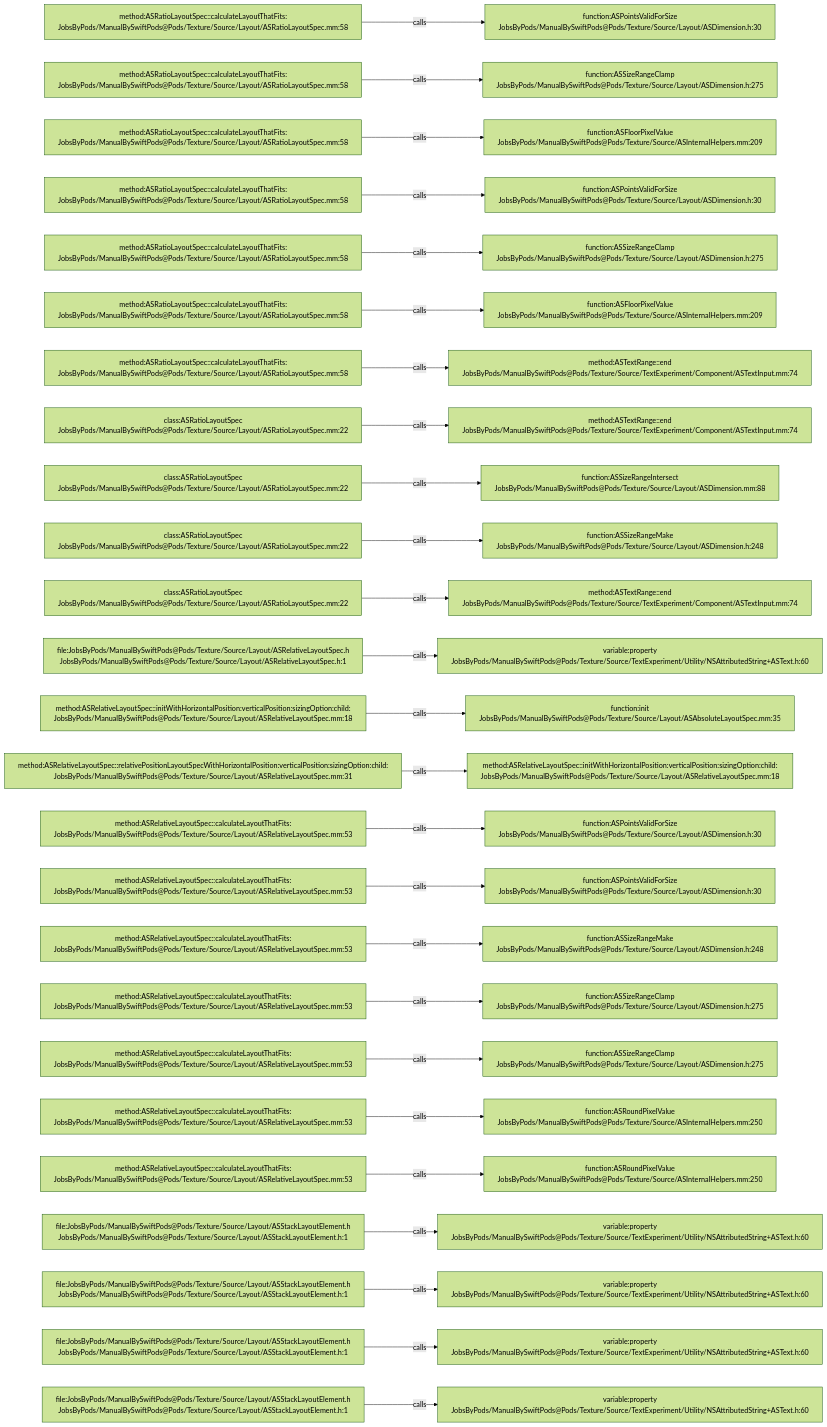
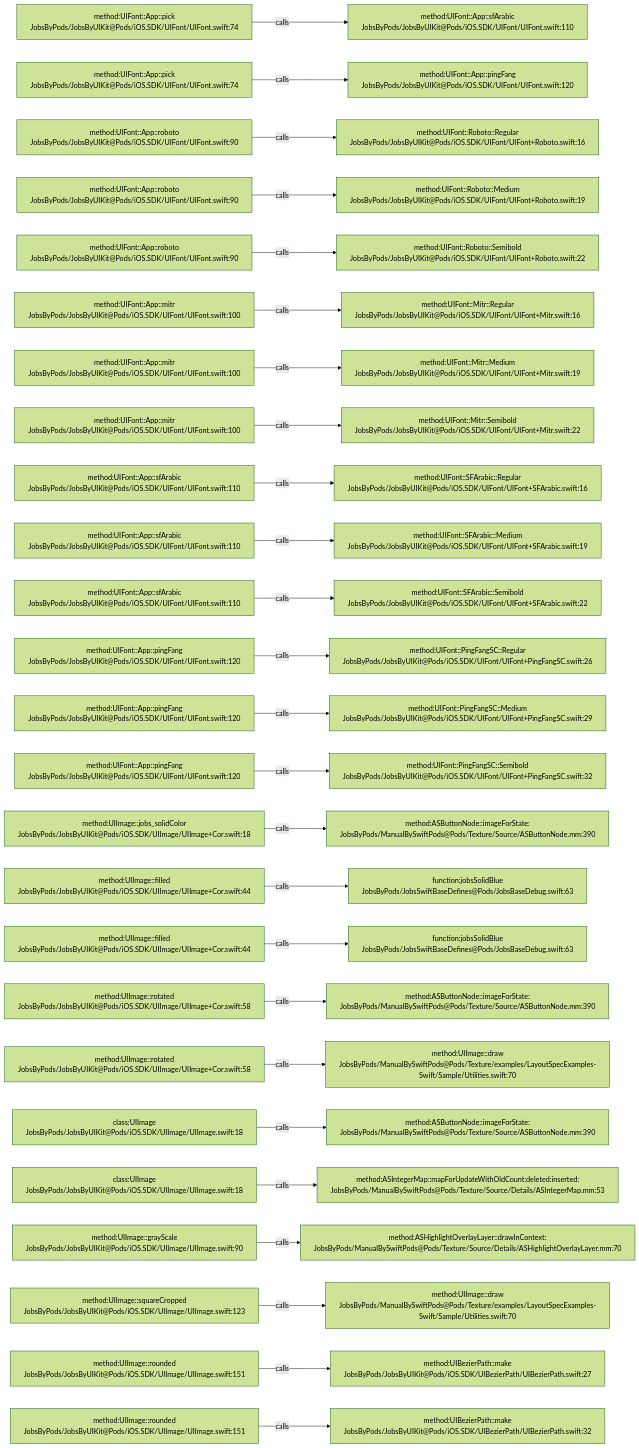
Before and after one commit to JobsKits/JobsSwiftBaseConfigDemo: the diagram in .codegraph/codegraph.md/graphs/calls-112.md, drawn with Mermaid (forest theme). The commit also changed 224 other files, not shown here.

````diff
--- a/.codegraph/codegraph.md/graphs/calls-112.md
+++ b/.codegraph/codegraph.md/graphs/calls-112.md
@@ -13,78 +13,78 @@
 ```mermaid
 flowchart LR
-  S1["method:ASRatioLayoutSpec::calculateLayoutThatFits:<br/>JobsByPods/ManualBySwiftPods@Pods/Texture/Source/Layout/ASRatioLayoutSpec.mm:58"]
-  T1["function:ASPointsValidForSize<br/>JobsByPods/ManualBySwiftPods@Pods/Texture/Source/Layout/ASDimension.h:30"]
+  S1["method:UIFont::App::pick<br/>JobsByPods/JobsByUIKit@Pods/iOS.SDK/UIFont/UIFont.swift:74"]
+  T1["method:UIFont::App::sfArabic<br/>JobsByPods/JobsByUIKit@Pods/iOS.SDK/UIFont/UIFont.swift:110"]
   S1 -->|calls| T1
-  S2["method:ASRatioLayoutSpec::calculateLayoutThatFits:<br/>JobsByPods/ManualBySwiftPods@Pods/Texture/Source/Layout/ASRatioLayoutSpec.mm:58"]
-  T2["function:ASSizeRangeClamp<br/>JobsByPods/ManualBySwiftPods@Pods/Texture/Source/Layout/ASDimension.h:275"]
+  S2["method:UIFont::App::pick<br/>JobsByPods/JobsByUIKit@Pods/iOS.SDK/UIFont/UIFont.swift:74"]
+  T2["method:UIFont::App::pingFang<br/>JobsByPods/JobsByUIKit@Pods/iOS.SDK/UIFont/UIFont.swift:120"]
   S2 -->|calls| T2
-  S3["method:ASRatioLayoutSpec::calculateLayoutThatFits:<br/>JobsByPods/ManualBySwiftPods@Pods/Texture/Source/Layout/ASRatioLayoutSpec.mm:58"]
-  T3["function:ASFloorPixelValue<br/>JobsByPods/ManualBySwiftPods@Pods/Texture/Source/ASInternalHelpers.mm:209"]
+  S3["method:UIFont::App::roboto<br/>JobsByPods/JobsByUIKit@Pods/iOS.SDK/UIFont/UIFont.swift:90"]
+  T3["method:UIFont::Roboto::Regular<br/>JobsByPods/JobsByUIKit@Pods/iOS.SDK/UIFont/UIFont+Roboto.swift:16"]
   S3 -->|calls| T3
-  S4["method:ASRatioLayoutSpec::calculateLayoutThatFits:<br/>JobsByPods/ManualBySwiftPods@Pods/Texture/Source/Layout/ASRatioLayoutSpec.mm:58"]
-  T4["function:ASPointsValidForSize<br/>JobsByPods/ManualBySwiftPods@Pods/Texture/Source/Layout/ASDimension.h:30"]
+  S4["method:UIFont::App::roboto<br/>JobsByPods/JobsByUIKit@Pods/iOS.SDK/UIFont/UIFont.swift:90"]
+  T4["method:UIFont::Roboto::Medium<br/>JobsByPods/JobsByUIKit@Pods/iOS.SDK/UIFont/UIFont+Roboto.swift:19"]
   S4 -->|calls| T4
-  S5["method:ASRatioLayoutSpec::calculateLayoutThatFits:<br/>JobsByPods/ManualBySwiftPods@Pods/Texture/Source/Layout/ASRatioLayoutSpec.mm:58"]
-  T5["function:ASSizeRangeClamp<br/>JobsByPods/ManualBySwiftPods@Pods/Texture/Source/Layout/ASDimension.h:275"]
+  S5["method:UIFont::App::roboto<br/>JobsByPods/JobsByUIKit@Pods/iOS.SDK/UIFont/UIFont.swift:90"]
+  T5["method:UIFont::Roboto::Semibold<br/>JobsByPods/JobsByUIKit@Pods/iOS.SDK/UIFont/UIFont+Roboto.swift:22"]
   S5 -->|calls| T5
-  S6["method:ASRatioLayoutSpec::calculateLayoutThatFits:<br/>JobsByPods/ManualBySwiftPods@Pods/Texture/Source/Layout/ASRatioLayoutSpec.mm:58"]
-  T6["function:ASFloorPixelValue<br/>JobsByPods/ManualBySwiftPods@Pods/Texture/Source/ASInternalHelpers.mm:209"]
+  S6["method:UIFont::App::mitr<br/>JobsByPods/JobsByUIKit@Pods/iOS.SDK/UIFont/UIFont.swift:100"]
+  T6["method:UIFont::Mitr::Regular<br/>JobsByPods/JobsByUIKit@Pods/iOS.SDK/UIFont/UIFont+Mitr.swift:16"]
   S6 -->|calls| T6
-  S7["method:ASRatioLayoutSpec::calculateLayoutThatFits:<br/>JobsByPods/ManualBySwiftPods@Pods/Texture/Source/Layout/ASRatioLayoutSpec.mm:58"]
-  T7["method:ASTextRange::end<br/>JobsByPods/ManualBySwiftPods@Pods/Texture/Source/TextExperiment/Component/ASTextInput.mm:74"]
+  S7["method:UIFont::App::mitr<br/>JobsByPods/JobsByUIKit@Pods/iOS.SDK/UIFont/UIFont.swift:100"]
+  T7["method:UIFont::Mitr::Medium<br/>JobsByPods/JobsByUIKit@Pods/iOS.SDK/UIFont/UIFont+Mitr.swift:19"]
   S7 -->|calls| T7
-  S8["class:ASRatioLayoutSpec<br/>JobsByPods/ManualBySwiftPods@Pods/Texture/Source/Layout/ASRatioLayoutSpec.mm:22"]
-  T8["method:ASTextRange::end<br/>JobsByPods/ManualBySwiftPods@Pods/Texture/Source/TextExperiment/Component/ASTextInput.mm:74"]
+  S8["method:UIFont::App::mitr<br/>JobsByPods/JobsByUIKit@Pods/iOS.SDK/UIFont/UIFont.swift:100"]
+  T8["method:UIFont::Mitr::Semibold<br/>JobsByPods/JobsByUIKit@Pods/iOS.SDK/UIFont/UIFont+Mitr.swift:22"]
   S8 -->|calls| T8
-  S9["class:ASRatioLayoutSpec<br/>JobsByPods/ManualBySwiftPods@Pods/Texture/Source/Layout/ASRatioLayoutSpec.mm:22"]
-  T9["function:ASSizeRangeIntersect<br/>JobsByPods/ManualBySwiftPods@Pods/Texture/Source/Layout/ASDimension.mm:88"]
+  S9["method:UIFont::App::sfArabic<br/>JobsByPods/JobsByUIKit@Pods/iOS.SDK/UIFont/UIFont.swift:110"]
+  T9["method:UIFont::SFArabic::Regular<br/>JobsByPods/JobsByUIKit@Pods/iOS.SDK/UIFont/UIFont+SFArabic.swift:16"]
   S9 -->|calls| T9
-  S10["class:ASRatioLayoutSpec<br/>JobsByPods/ManualBySwiftPods@Pods/Texture/Source/Layout/ASRatioLayoutSpec.mm:22"]
-  T10["function:ASSizeRangeMake<br/>JobsByPods/ManualBySwiftPods@Pods/Texture/Source/Layout/ASDimension.h:248"]
+  S10["method:UIFont::App::sfArabic<br/>JobsByPods/JobsByUIKit@Pods/iOS.SDK/UIFont/UIFont.swift:110"]
+  T10["method:UIFont::SFArabic::Medium<br/>JobsByPods/JobsByUIKit@Pods/iOS.SDK/UIFont/UIFont+SFArabic.swift:19"]
   S10 -->|calls| T10
-  S11["class:ASRatioLayoutSpec<br/>JobsByPods/ManualBySwiftPods@Pods/Texture/Source/Layout/ASRatioLayoutSpec.mm:22"]
-  T11["method:ASTextRange::end<br/>JobsByPods/ManualBySwiftPods@Pods/Texture/Source/TextExperiment/Component/ASTextInput.mm:74"]
+  S11["method:UIFont::App::sfArabic<br/>JobsByPods/JobsByUIKit@Pods/iOS.SDK/UIFont/UIFont.swift:110"]
+  T11["method:UIFont::SFArabic::Semibold<br/>JobsByPods/JobsByUIKit@Pods/iOS.SDK/UIFont/UIFont+SFArabic.swift:22"]
   S11 -->|calls| T11
-  S12["file:JobsByPods/ManualBySwiftPods@Pods/Texture/Source/Layout/ASRelativeLayoutSpec.h<br/>JobsByPods/ManualBySwiftPods@Pods/Texture/Source/Layout/ASRelativeLayoutSpec.h:1"]
-  T12["variable:property<br/>JobsByPods/ManualBySwiftPods@Pods/Texture/Source/TextExperiment/Utility/NSAttributedString+ASText.h:60"]
+  S12["method:UIFont::App::pingFang<br/>JobsByPods/JobsByUIKit@Pods/iOS.SDK/UIFont/UIFont.swift:120"]
+  T12["method:UIFont::PingFangSC::Regular<br/>JobsByPods/JobsByUIKit@Pods/iOS.SDK/UIFont/UIFont+PingFangSC.swift:26"]
   S12 -->|calls| T12
-  S13["method:ASRelativeLayoutSpec::initWithHorizontalPosition:verticalPosition:sizingOption:child:<br/>JobsByPods/ManualBySwiftPods@Pods/Texture/Source/Layout/ASRelativeLayoutSpec.mm:18"]
-  T13["function:init<br/>JobsByPods/ManualBySwiftPods@Pods/Texture/Source/Layout/ASAbsoluteLayoutSpec.mm:35"]
+  S13["method:UIFont::App::pingFang<br/>JobsByPods/JobsByUIKit@Pods/iOS.SDK/UIFont/UIFont.swift:120"]
+  T13["method:UIFont::PingFangSC::Medium<br/>JobsByPods/JobsByUIKit@Pods/iOS.SDK/UIFont/UIFont+PingFangSC.swift:29"]
   S13 -->|calls| T13
-  S14["method:ASRelativeLayoutSpec::relativePositionLayoutSpecWithHorizontalPosition:verticalPosition:sizingOption:child:<br/>JobsByPods/ManualBySwiftPods@Pods/Texture/Source/Layout/ASRelativeLayoutSpec.mm:31"]
-  T14["method:ASRelativeLayoutSpec::initWithHorizontalPosition:verticalPosition:sizingOption:child:<br/>JobsByPods/ManualBySwiftPods@Pods/Texture/Source/Layout/ASRelativeLayoutSpec.mm:18"]
+  S14["method:UIFont::App::pingFang<br/>JobsByPods/JobsByUIKit@Pods/iOS.SDK/UIFont/UIFont.swift:120"]
+  T14["method:UIFont::PingFangSC::Semibold<br/>JobsByPods/JobsByUIKit@Pods/iOS.SDK/UIFont/UIFont+PingFangSC.swift:32"]
   S14 -->|calls| T14
-  S15["method:ASRelativeLayoutSpec::calculateLayoutThatFits:<br/>JobsByPods/ManualBySwiftPods@Pods/Texture/Source/Layout/ASRelativeLayoutSpec.mm:53"]
-  T15["function:ASPointsValidForSize<br/>JobsByPods/ManualBySwiftPods@Pods/Texture/Source/Layout/ASDimension.h:30"]
+  S15["method:UIImage::jobs_solidColor<br/>JobsByPods/JobsByUIKit@Pods/iOS.SDK/UIImage/UIImage+Cor.swift:18"]
+  T15["method:ASButtonNode::imageForState:<br/>JobsByPods/ManualBySwiftPods@Pods/Texture/Source/ASButtonNode.mm:390"]
   S15 -->|calls| T15
-  S16["method:ASRelativeLayoutSpec::calculateLayoutThatFits:<br/>JobsByPods/ManualBySwiftPods@Pods/Texture/Source/Layout/ASRelativeLayoutSpec.mm:53"]
-  T16["function:ASPointsValidForSize<br/>JobsByPods/ManualBySwiftPods@Pods/Texture/Source/Layout/ASDimension.h:30"]
+  S16["method:UIImage::filled<br/>JobsByPods/JobsByUIKit@Pods/iOS.SDK/UIImage/UIImage+Cor.swift:44"]
+  T16["function:jobsSolidBlue<br/>JobsByPods/JobsSwiftBaseDefines@Pods/JobsBaseDebug.swift:63"]
   S16 -->|calls| T16
-  S17["method:ASRelativeLayoutSpec::calculateLayoutThatFits:<br/>JobsByPods/ManualBySwiftPods@Pods/Texture/Source/Layout/ASRelativeLayoutSpec.mm:53"]
-  T17["function:ASSizeRangeMake<br/>JobsByPods/ManualBySwiftPods@Pods/Texture/Source/Layout/ASDimension.h:248"]
+  S17["method:UIImage::filled<br/>JobsByPods/JobsByUIKit@Pods/iOS.SDK/UIImage/UIImage+Cor.swift:44"]
+  T17["function:jobsSolidBlue<br/>JobsByPods/JobsSwiftBaseDefines@Pods/JobsBaseDebug.swift:63"]
   S17 -->|calls| T17
-  S18["method:ASRelativeLayoutSpec::calculateLayoutThatFits:<br/>JobsByPods/ManualBySwiftPods@Pods/Texture/Source/Layout/ASRelativeLayoutSpec.mm:53"]
-  T18["function:ASSizeRangeClamp<br/>JobsByPods/ManualBySwiftPods@Pods/Texture/Source/Layout/ASDimension.h:275"]
+  S18["method:UIImage::rotated<br/>JobsByPods/JobsByUIKit@Pods/iOS.SDK/UIImage/UIImage+Cor.swift:58"]
+  T18["method:ASButtonNode::imageForState:<br/>JobsByPods/ManualBySwiftPods@Pods/Texture/Source/ASButtonNode.mm:390"]
   S18 -->|calls| T18
-  S19["method:ASRelativeLayoutSpec::calculateLayoutThatFits:<br/>JobsByPods/ManualBySwiftPods@Pods/Texture/Source/Layout/ASRelativeLayoutSpec.mm:53"]
-  T19["function:ASSizeRangeClamp<br/>JobsByPods/ManualBySwiftPods@Pods/Texture/Source/Layout/ASDimension.h:275"]
+  S19["method:UIImage::rotated<br/>JobsByPods/JobsByUIKit@Pods/iOS.SDK/UIImage/UIImage+Cor.swift:58"]
+  T19["method:UIImage::draw<br/>JobsByPods/ManualBySwiftPods@Pods/Texture/examples/LayoutSpecExamples-Swift/Sample/Utilities.swift:70"]
   S19 -->|calls| T19
-  S20["method:ASRelativeLayoutSpec::calculateLayoutThatFits:<br/>JobsByPods/ManualBySwiftPods@Pods/Texture/Source/Layout/ASRelativeLayoutSpec.mm:53"]
-  T20["function:ASRoundPixelValue<br/>JobsByPods/ManualBySwiftPods@Pods/Texture/Source/ASInternalHelpers.mm:250"]
+  S20["class:UIImage<br/>JobsByPods/JobsByUIKit@Pods/iOS.SDK/UIImage/UIImage.swift:18"]
+  T20["method:ASButtonNode::imageForState:<br/>JobsByPods/ManualBySwiftPods@Pods/Texture/Source/ASButtonNode.mm:390"]
   S20 -->|calls| T20
-  S21["method:ASRelativeLayoutSpec::calculateLayoutThatFits:<br/>JobsByPods/ManualBySwiftPods@Pods/Texture/Source/Layout/ASRelativeLayoutSpec.mm:53"]
-  T21["function:ASRoundPixelValue<br/>JobsByPods/ManualBySwiftPods@Pods/Texture/Source/ASInternalHelpers.mm:250"]
+  S21["class:UIImage<br/>JobsByPods/JobsByUIKit@Pods/iOS.SDK/UIImage/UIImage.swift:18"]
+  T21["method:ASIntegerMap::mapForUpdateWithOldCount:deleted:inserted:<br/>JobsByPods/ManualBySwiftPods@Pods/Texture/Source/Details/ASIntegerMap.mm:53"]
   S21 -->|calls| T21
-  S22["file:JobsByPods/ManualBySwiftPods@Pods/Texture/Source/Layout/ASStackLayoutElement.h<br/>JobsByPods/ManualBySwiftPods@Pods/Texture/Source/Layout/ASStackLayoutElement.h:1"]
-  T22["variable:property<br/>JobsByPods/ManualBySwiftPods@Pods/Texture/Source/TextExperiment/Utility/NSAttributedString+ASText.h:60"]
+  S22["method:UIImage::grayScale<br/>JobsByPods/JobsByUIKit@Pods/iOS.SDK/UIImage/UIImage.swift:90"]
+  T22["method:ASHighlightOverlayLayer::drawInContext:<br/>JobsByPods/ManualBySwiftPods@Pods/Texture/Source/Details/ASHighlightOverlayLayer.mm:70"]
   S22 -->|calls| T22
-  S23["file:JobsByPods/ManualBySwiftPods@Pods/Texture/Source/Layout/ASStackLayoutElement.h<br/>JobsByPods/ManualBySwiftPods@Pods/Texture/Source/Layout/ASStackLayoutElement.h:1"]
-  T23["variable:property<br/>JobsByPods/ManualBySwiftPods@Pods/Texture/Source/TextExperiment/Utility/NSAttributedString+ASText.h:60"]
+  S23["method:UIImage::squareCropped<br/>JobsByPods/JobsByUIKit@Pods/iOS.SDK/UIImage/UIImage.swift:123"]
+  T23["method:UIImage::draw<br/>JobsByPods/ManualBySwiftPods@Pods/Texture/examples/LayoutSpecExamples-Swift/Sample/Utilities.swift:70"]
   S23 -->|calls| T23
-  S24["file:JobsByPods/ManualBySwiftPods@Pods/Texture/Source/Layout/ASStackLayoutElement.h<br/>JobsByPods/ManualBySwiftPods@Pods/Texture/Source/Layout/ASStackLayoutElement.h:1"]
-  T24["variable:property<br/>JobsByPods/ManualBySwiftPods@Pods/Texture/Source/TextExperiment/Utility/NSAttributedString+ASText.h:60"]
+  S24["method:UIImage::rounded<br/>JobsByPods/JobsByUIKit@Pods/iOS.SDK/UIImage/UIImage.swift:151"]
+  T24["method:UIBezierPath::make<br/>JobsByPods/JobsByUIKit@Pods/iOS.SDK/UIBezierPath/UIBezierPath.swift:27"]
   S24 -->|calls| T24
-  S25["file:JobsByPods/ManualBySwiftPods@Pods/Texture/Source/Layout/ASStackLayoutElement.h<br/>JobsByPods/ManualBySwiftPods@Pods/Texture/Source/Layout/ASStackLayoutElement.h:1"]
-  T25["variable:property<br/>JobsByPods/ManualBySwiftPods@Pods/Texture/Source/TextExperiment/Utility/NSAttributedString+ASText.h:60"]
+  S25["method:UIImage::rounded<br/>JobsByPods/JobsByUIKit@Pods/iOS.SDK/UIImage/UIImage.swift:151"]
+  T25["method:UIBezierPath::make<br/>JobsByPods/JobsByUIKit@Pods/iOS.SDK/UIBezierPath/UIBezierPath.swift:32"]
   S25 -->|calls| T25
 ```
````
